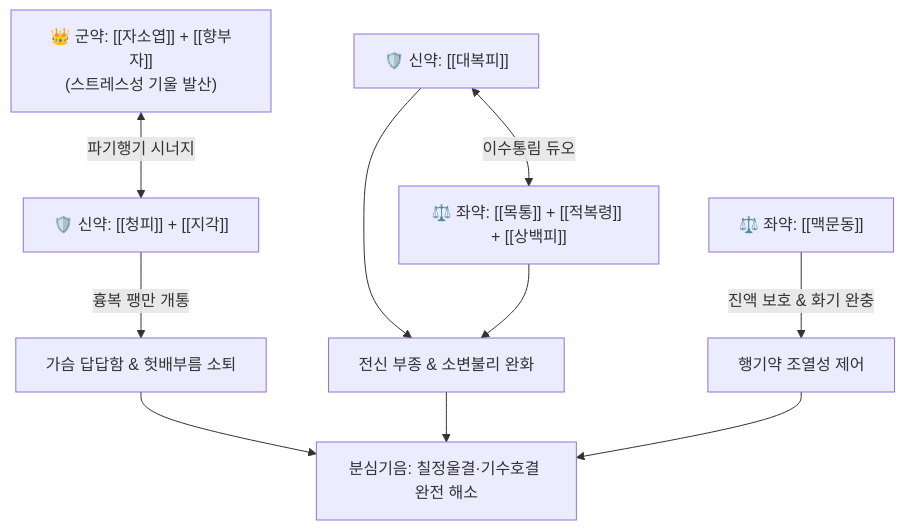
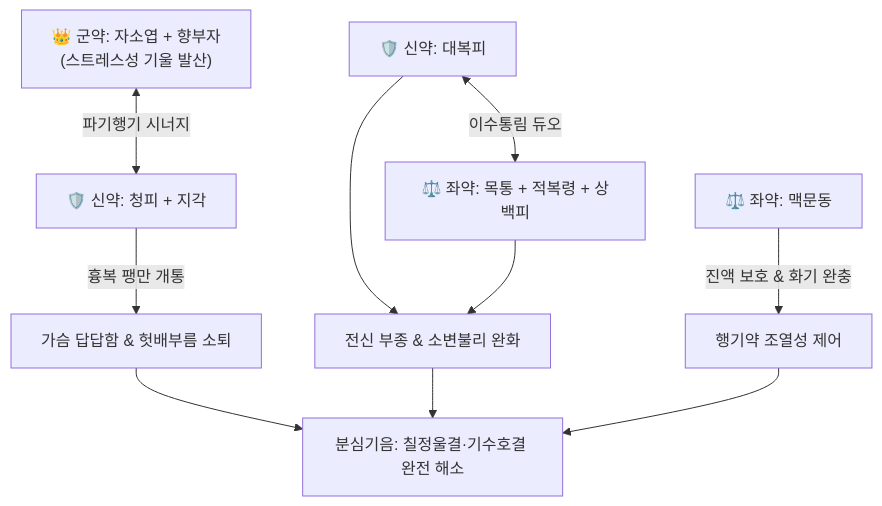
The diagram in content/2. 약리 공부/처방/03_화담·거습·이수제/분신기음.md (simbio11/simbio-digital-garden2), drawn with Mermaid before and after one commit. The commit also changed other lines of this file and 323 other files, not shown here.

````diff
--- a/content/2. 약리 공부/처방/03_화담·거습·이수제/분신기음.md
+++ b/content/2. 약리 공부/처방/03_화담·거습·이수제/분신기음.md
@@ -55,9 +57,9 @@
 ```mermaid
 graph TD
-    JS["👑 군약: [[자소엽]] + [[향부자]]<br>(스트레스성 기울 발산)"] <-->|파기행기 시너지| QP["🛡️ 신약: [[청피]] + [[지각]]"]
+    JS["👑 군약: 자소엽 + 향부자<br>(스트레스성 기울 발산)"] <-->|파기행기 시너지| QP["🛡️ 신약: 청피 + 지각"]
     QP -->|흉복 팽만 개통| X["가슴 답답함 & 헛배부름 소퇴"]
-    DP["🛡️ 신약: [[대복피]]"] <-->|이수통림 듀오| MT["⚖️ 좌약: [[목통]] + [[적복령]] + [[상백피]]"]
+    DP["🛡️ 신약: 대복피"] <-->|이수통림 듀오| MT["⚖️ 좌약: 목통 + 적복령 + 상백피"]
     DP & MT --> Y["전신 부종 & 소변불리 완화"]
-    MM["⚖️ 좌약: [[맥문동]]"] -->|진액 보호 & 화기 완충| Z["행기약 조열성 제어"]
+    MM["⚖️ 좌약: 맥문동"] -->|진액 보호 & 화기 완충| Z["행기약 조열성 제어"]
     X & Y & Z --> Final["분심기음: 칠정울결·기수호결 완전 해소"]
 ```
````
